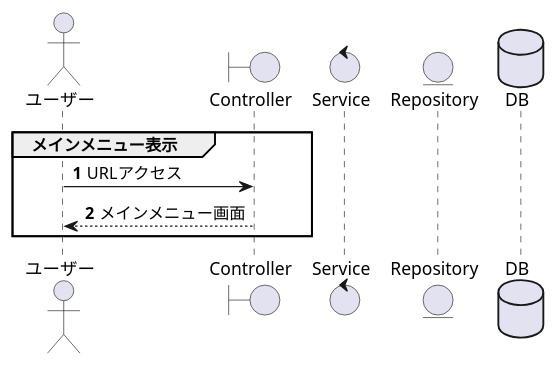
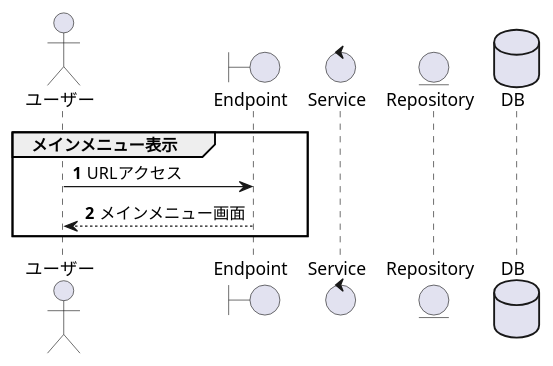
Before and after one commit to NakataTPD/2018-k-web-training: the second of 9 diagrams in document/詳細設計書/詳細設計書.md, drawn with PlantUML. The commit also changed other lines of this file and 1 other file, not shown here.

````diff
--- a/document/詳細設計書/詳細設計書.md
+++ b/document/詳細設計書/詳細設計書.md
@@ -86,15 +126,15 @@
 ```puml
 actor ユーザー as User
-boundary Controller as Con
+boundary Endpoint as Con
 control Service as Ser
 entity Repository as Repo
 database DB as DB
 
 group メインメニュー表示
   autonumber 1
 
     User -> Con: URLアクセス
     Con --> User: メインメニュー画面
 
 end
 ```
````
